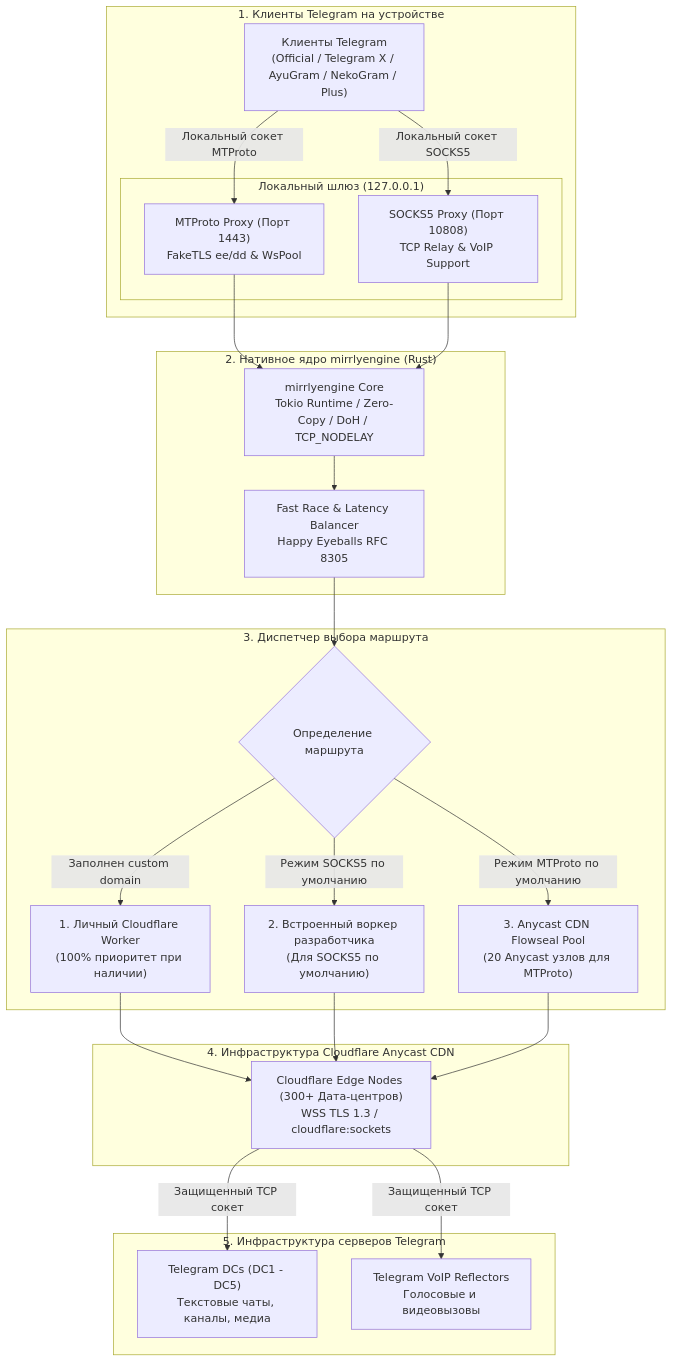
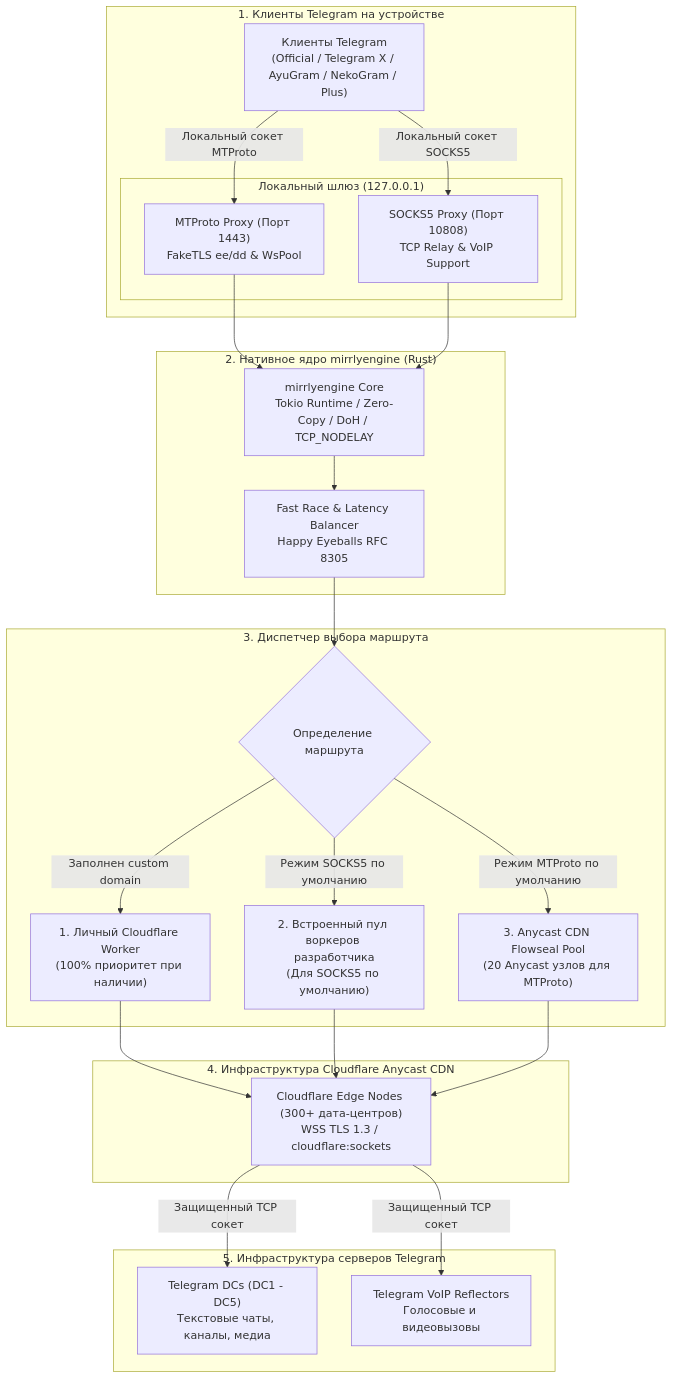
The diagram in README.md (joycecurcirt539-dot/Mirrly-TG-Proxy), drawn with Mermaid before and after one commit. The commit also changed other lines of this file, not shown here.

````diff
--- a/README.md
+++ b/README.md
@@ -256,51 +249,51 @@
 ```mermaid
 flowchart TD
     subgraph ClientLayer ["1. Клиенты Telegram на устройстве"]
         TGApp["Клиенты Telegram<br/>(Official / Telegram X / AyuGram / NekoGram / Plus)"]
-        
+
         subgraph LocalProxy ["Локальный шлюз (127.0.0.1)"]
             MtprotoGate["MTProto Proxy (Порт 1443)<br/>FakeTLS ee/dd & WsPool"]
             SocksGate["SOCKS5 Proxy (Порт 10808)<br/>TCP Relay & VoIP Support"]
         end
-        
+
         TGApp -->|Локальный сокет MTProto| MtprotoGate
         TGApp -->|Локальный сокет SOCKS5| SocksGate
     end
 
     subgraph NativeEngine ["2. Нативное ядро mirrlyengine (Rust)"]
         RustCore["mirrlyengine Core<br/>Tokio Runtime / Zero-Copy / DoH / TCP_NODELAY"]
         Balancer["Fast Race & Latency Balancer<br/>Happy Eyeballs RFC 8305"]
-        
+
         MtprotoGate --> RustCore
         SocksGate --> RustCore
         RustCore --> Balancer
     end
 
     subgraph RouterResolver ["3. Диспетчер выбора маршрута"]
         Resolver{"Определение маршрута"}
         CustomNode["1. Личный Cloudflare Worker<br/>(100% приоритет при наличии)"]
-        DefaultSocks["2. Встроенный воркер разработчика<br/>(Для SOCKS5 по умолчанию)"]
+        DefaultSocks["2. Встроенный пул воркеров разработчика<br/>(Для SOCKS5 по умолчанию)"]
         AnycastPool["3. Anycast CDN Flowseal Pool<br/>(20 Anycast узлов для MTProto)"]
-        
+
         Balancer --> Resolver
         Resolver -->|Заполнен custom domain| CustomNode
         Resolver -->|Режим SOCKS5 по умолчанию| DefaultSocks
         Resolver -->|Режим MTProto по умолчанию| AnycastPool
     end
 
     subgraph CDNLayer ["4. Инфраструктура Cloudflare Anycast CDN"]
-        CFEdge["Cloudflare Edge Nodes (300+ Дата-центров)<br/>WSS TLS 1.3 / cloudflare:sockets"]
-        
+        CFEdge["Cloudflare Edge Nodes (300+ дата-центров)<br/>WSS TLS 1.3 / cloudflare:sockets"]
+
         CustomNode --> CFEdge
         DefaultSocks --> CFEdge
         AnycastPool --> CFEdge
     end
 
     subgraph TelegramInfra ["5. Инфраструктура серверов Telegram"]
         TGDC["Telegram DCs (DC1 - DC5)<br/>Текстовые чаты, каналы, медиа"]
         TGVoIP["Telegram VoIP Reflectors<br/>Голосовые и видеовызовы"]
-        
+
         CFEdge -->|Защищенный TCP сокет| TGDC
         CFEdge -->|Защищенный TCP сокет| TGVoIP
     end
 ```
````
